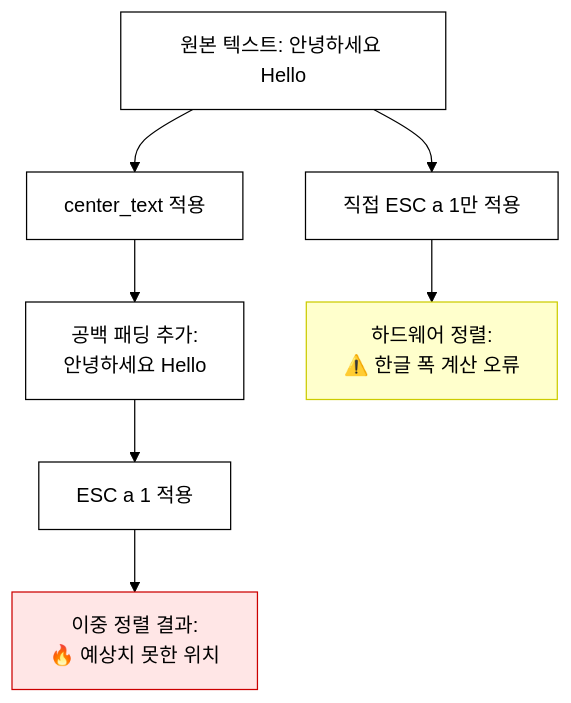
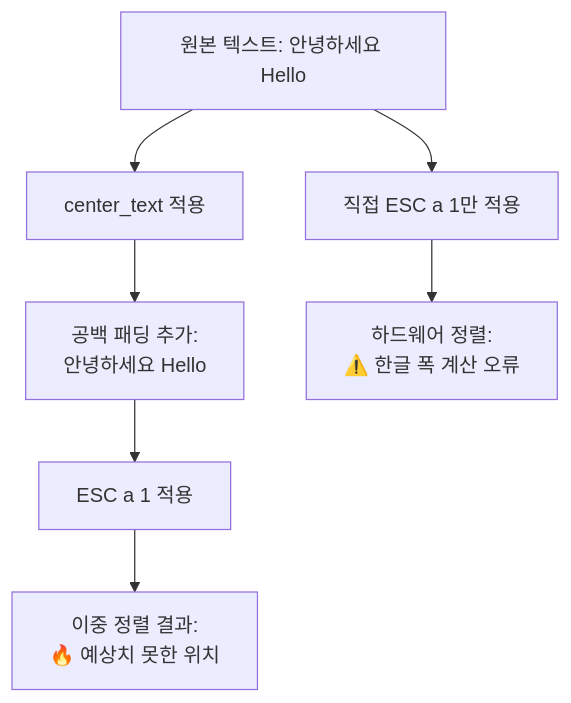
The fourth of 4 diagrams in docs/escpos-commands-deep-dive.md (nicewook/receipt-printer), drawn with Mermaid before and after one commit. The commit also changed other lines of this file and 5 other files, not shown here.

First line of the commit message:
Fix documentation portal Mermaid rendering and clean up markdown files

````diff
--- a/docs/escpos-commands-deep-dive.md
+++ b/docs/escpos-commands-deep-dive.md
@@ -213,22 +184,11 @@
 ```mermaid
-%%{init: {
-  'theme': 'base',
-  'themeVariables': {
-    'primaryColor': '#ffffff',
-    'primaryTextColor': '#000000',
-    'primaryBorderColor': '#000000',
-    'lineColor': '#000000'
-  }
-}}%%
 graph TB
     INPUT[원본 텍스트: 안녕하세요 Hello] --> CENTER_TEXT[center_text 적용]
     CENTER_TEXT --> PADDED[공백 패딩 추가:<br/>          안녕하세요 Hello]
     PADDED --> ESC_A1[ESC a 1 적용]
     ESC_A1 --> DOUBLE[이중 정렬 결과:<br/>     🔥 예상치 못한 위치]
     
     INPUT --> DIRECT[직접 ESC a 1만 적용]
     DIRECT --> SINGLE[하드웨어 정렬:<br/>     ⚠️ 한글 폭 계산 오류]
     
-    style DOUBLE fill:#ffe6e6,stroke:#cc0000,color:#000000
-    style SINGLE fill:#ffffcc,stroke:#cccc00,color:#000000
 ```
````
